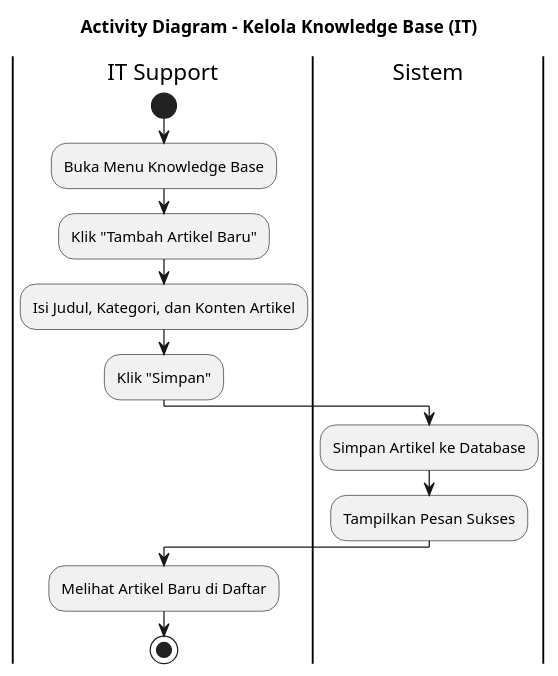
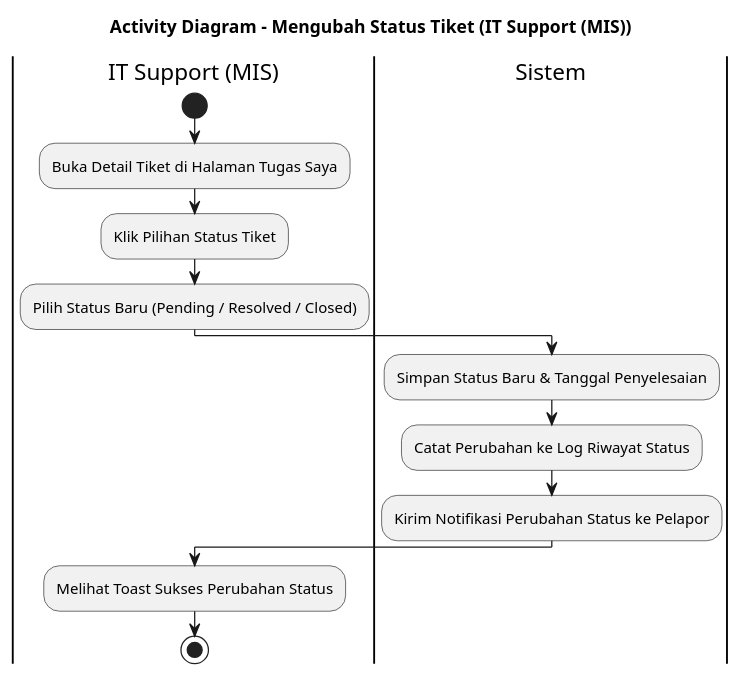
The ninth of 14 diagrams in docs/activity-diagrams.puml (mrahmatfadila/bissmillah-skripsi-web), drawn with PlantUML before and after one commit. The commit also changed other lines of this file and 62 other files, not shown here.

```diff
--- a/docs/activity-diagrams.puml
+++ b/docs/activity-diagrams.puml
@@ -134,15 +160,15 @@
-@startuml activity_kelola_kb
-title Activity Diagram - Kelola Knowledge Base (IT)
-|IT Support|
+@startuml activity_mengubah_status_tiket
+title Activity Diagram - Mengubah Status Tiket (IT Support (MIS))
+|IT Support (MIS)|
 start
-:Buka Menu Knowledge Base;
-:Klik "Tambah Artikel Baru";
-:Isi Judul, Kategori, dan Konten Artikel;
-:Klik "Simpan";
+:Buka Detail Tiket di Halaman Tugas Saya;
+:Klik Pilihan Status Tiket;
+:Pilih Status Baru (Pending / Resolved / Closed);
 |Sistem|
-:Simpan Artikel ke Database;
-:Tampilkan Pesan Sukses;
-|IT Support|
-:Melihat Artikel Baru di Daftar;
+:Simpan Status Baru & Tanggal Penyelesaian;
+:Catat Perubahan ke Log Riwayat Status;
+:Kirim Notifikasi Perubahan Status ke Pelapor;
+|IT Support (MIS)|
+:Melihat Toast Sukses Perubahan Status;
 stop
 @enduml
```
